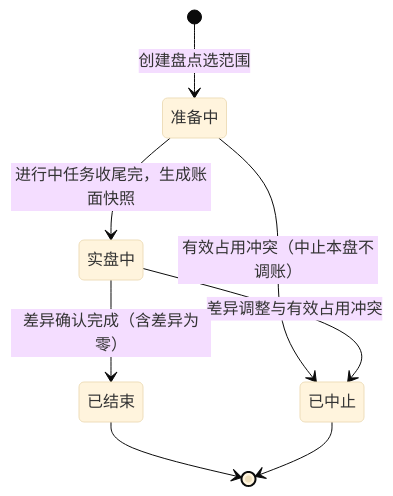
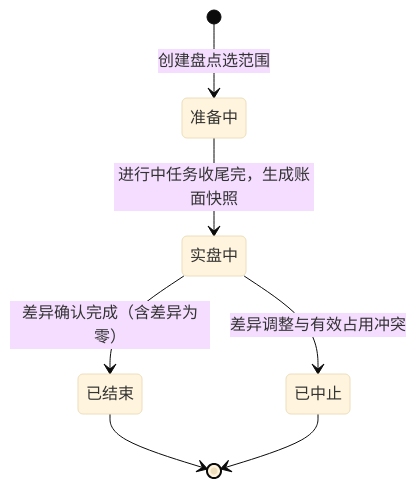
The third of 4 diagrams in 05-应用设计方案/20261002-MVP版本/系统架构设计/03-单据与状态流转.md (TopVitamin/QS-WMS-Project), drawn with Mermaid (base theme) before and after one commit. The commit also changed other lines of this file and 63 other files, not shown here.

````diff
--- a/05-应用设计方案/20261002-MVP版本/系统架构设计/03-单据与状态流转.md
+++ b/05-应用设计方案/20261002-MVP版本/系统架构设计/03-单据与状态流转.md
@@ -127,10 +124,9 @@
 ```mermaid
 stateDiagram-v2
     [*] --> 准备中: 创建盘点选范围
     准备中 --> 实盘中: 进行中任务收尾完，生成账面快照
-    准备中 --> 已中止: 有效占用冲突（中止本盘不调账）
     实盘中 --> 已中止: 差异调整与有效占用冲突
     实盘中 --> 已结束: 差异确认完成（含差异为零）
     已结束 --> [*]
     已中止 --> [*]
 ```
````
